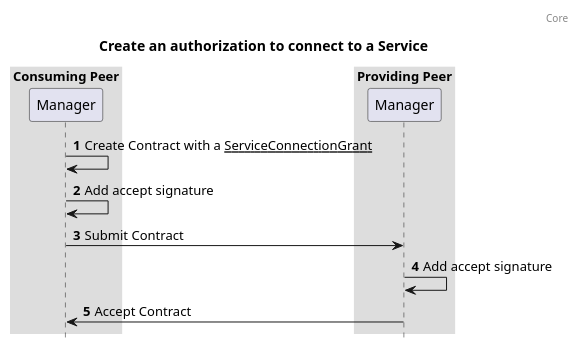
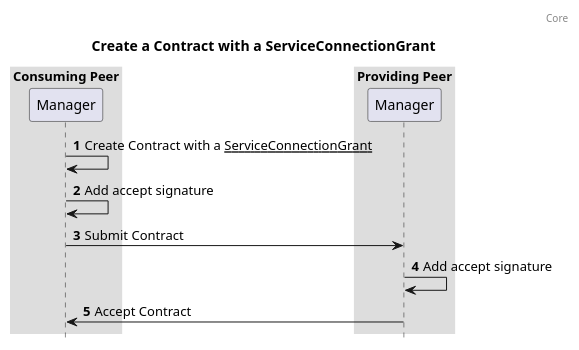
Before and after one commit to Logius-standaarden/fsc-core: the diagram in media/seq-create-an-authorization-to-connect.puml, drawn with PlantUML. The commit also changed 6 other files, not shown here.

```diff
--- a/media/seq-create-an-authorization-to-connect.puml
+++ b/media/seq-create-an-authorization-to-connect.puml
@@ -1,25 +1,25 @@
 @startuml
 
 autonumber
 header: Core
-title: Create an authorization to connect to a Service
+title: Create a Contract with a ServiceConnectionGrant
 
 box "Consuming Peer"
   participant "Manager" as managerConsumingPeer
 end box
 
 box "Providing Peer"
   participant "Manager" as managerProvidingPeer
 end box
 
 managerConsumingPeer -> managerConsumingPeer: Create Contract with a __ServiceConnectionGrant__
 managerConsumingPeer -> managerConsumingPeer: Add accept signature
 managerConsumingPeer -> managerProvidingPeer: Submit Contract
 managerProvidingPeer -> managerProvidingPeer: Add accept signature
 managerProvidingPeer -> managerConsumingPeer: Accept Contract
 
 skinparam sequenceBoxBorderColor #transparent
 skinparam boxPadding 50
 hide footbox
 
 @enduml
```
